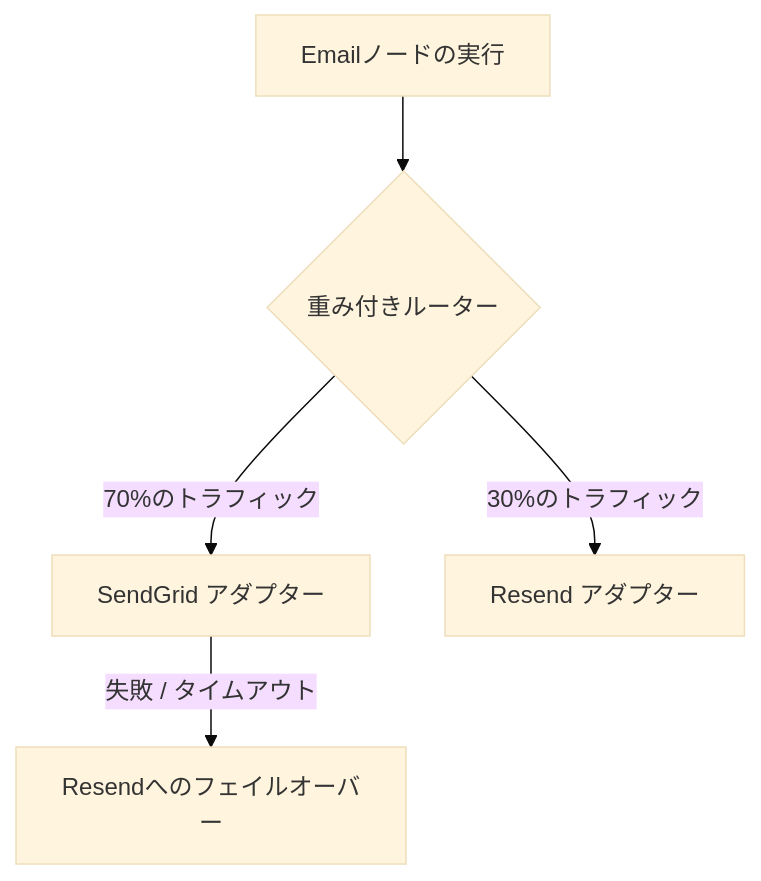
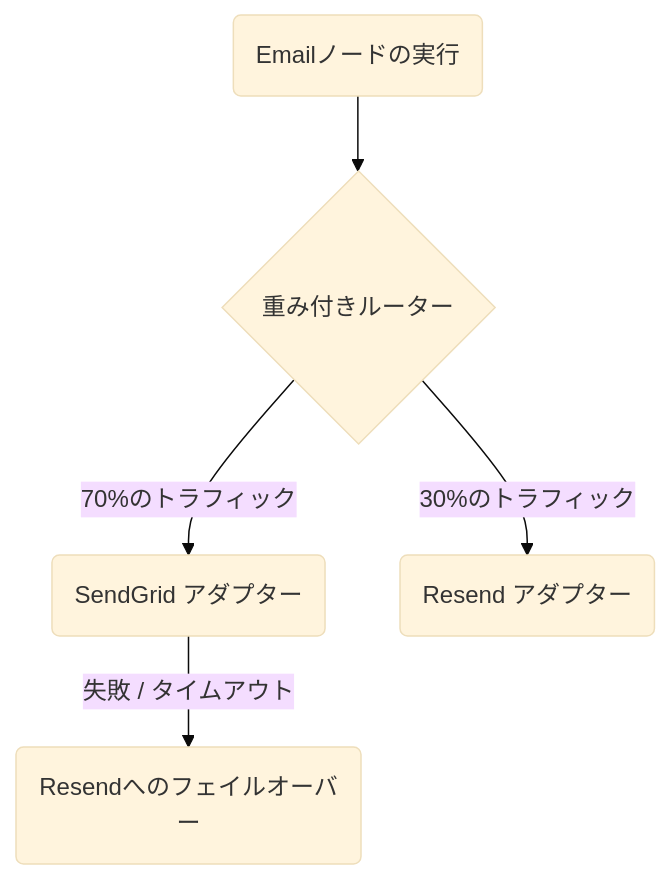
Before and after one commit to KriyanshKhunt/nexus_docs: the diagram in content/docs/ja/platform/concepts/byop.mdx, drawn with Mermaid (base theme). The commit also changed 20 other files, not shown here.

Commit message:
Handle ja Mermaid charts

````diff
--- a/content/docs/ja/platform/concepts/byop.mdx
+++ b/content/docs/ja/platform/concepts/byop.mdx
@@ -41,7 +41,7 @@
 ```mermaid
 flowchart TD
-    Trigger[Emailノードの実行] --> Router{重み付きルーター}
-    Router -->|70%のトラフィック| SG[SendGrid アダプター]
-    Router -->|30%のトラフィック| RS[Resend アダプター]
-    SG -->|失敗 / タイムアウト| Fallback[Resendへのフェイルオーバー]
+    Trigger(Emailノードの実行) --> Router{重み付きルーター}
+    Router -->|70%のトラフィック| SG(SendGrid アダプター)
+    Router -->|30%のトラフィック| RS(Resend アダプター)
+    SG -->|失敗 / タイムアウト| Fallback(Resendへのフェイルオーバー)
 ```
````
